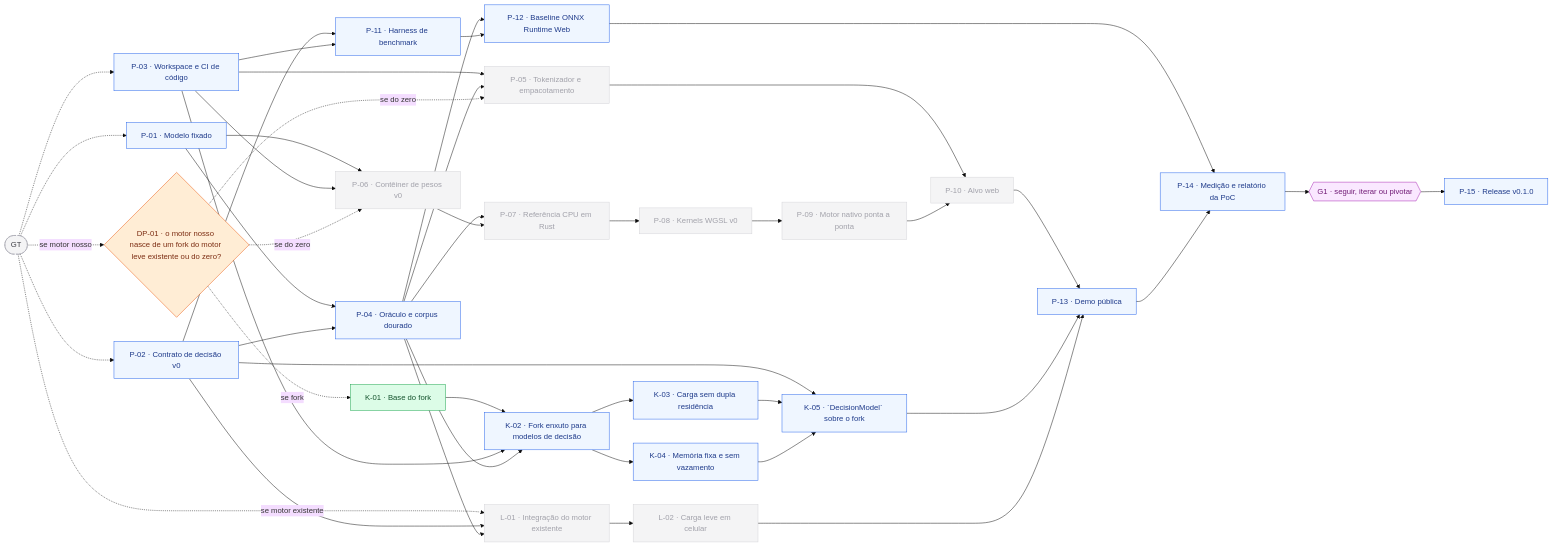
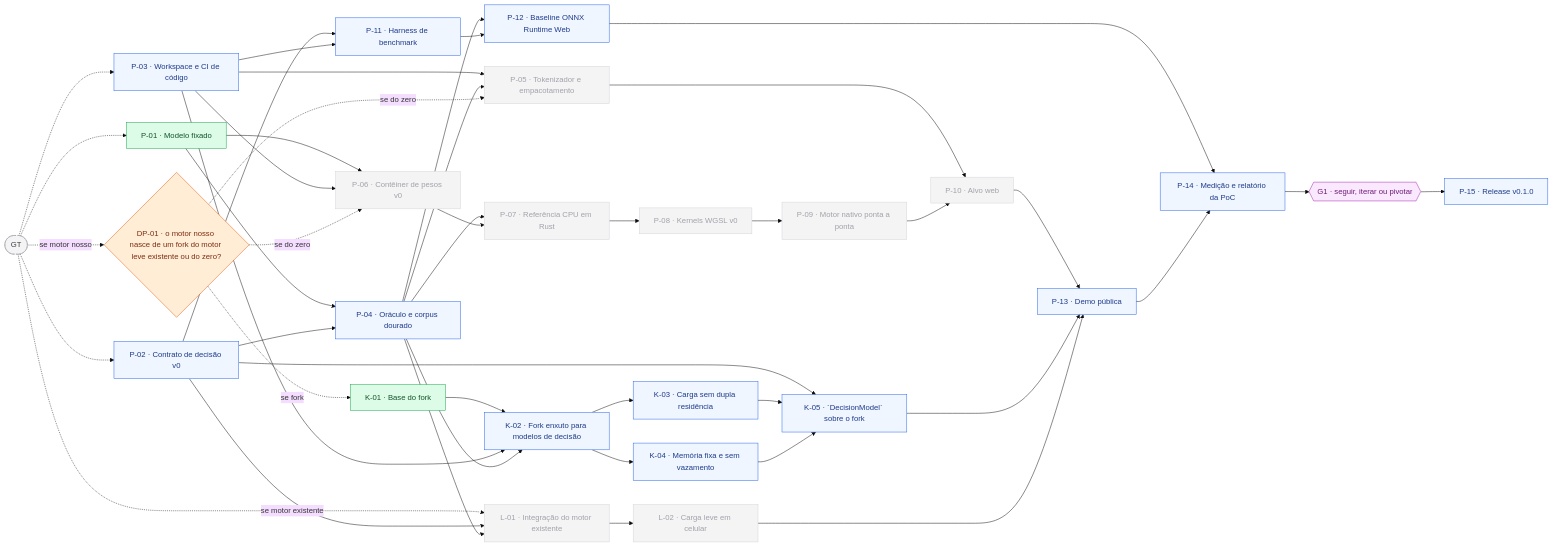
One commit to frederico-kluser/som-webcore changed the fourth of 10 diagrams in ROADMAP.md. Above: the diagram before and after it, drawn with Mermaid (base theme). The commit also changed other lines of this file and 6 other files, not shown here.

````diff
--- a/ROADMAP.md
+++ b/ROADMAP.md
@@ -1095,78 +1095,78 @@
 ```mermaid
 flowchart LR
     GT(["GT"]):::ext
-    P01["P-01 · Modelo fixado"]:::todo
+    P01["P-01 · Modelo fixado"]:::done
     P02["P-02 · Contrato de decisão v0"]:::todo
     P03["P-03 · Workspace e CI de código"]:::todo
     DP01{"DP-01 · o motor nosso nasce de um fork do motor leve existente ou do zero?"}:::fork
     P04["P-04 · Oráculo e corpus dourado"]:::todo
     P11["P-11 · Harness de benchmark"]:::todo
     P06["P-06 · Contêiner de pesos v0"]:::off
     K01["K-01 · Base do fork"]:::done
     P05["P-05 · Tokenizador e empacotamento"]:::off
     L01["L-01 · Integração do motor existente"]:::off
     P12["P-12 · Baseline ONNX Runtime Web"]:::todo
     P07["P-07 · Referência CPU em Rust"]:::off
     K02["K-02 · Fork enxuto para modelos de decisão"]:::todo
     L02["L-02 · Carga leve em celular"]:::off
     P08["P-08 · Kernels WGSL v0"]:::off
     K03["K-03 · Carga sem dupla residência"]:::todo
     K04["K-04 · Memória fixa e sem vazamento"]:::todo
     P09["P-09 · Motor nativo ponta a ponta"]:::off
     K05["K-05 · `DecisionModel` sobre o fork"]:::todo
     P10["P-10 · Alvo web"]:::off
     P13["P-13 · Demo pública"]:::todo
     P14["P-14 · Medição e relatório da PoC"]:::todo
     G1{{"G1 · seguir, iterar ou pivotar"}}:::gate
     P15["P-15 · Release v0.1.0"]:::todo
     GT -.-> P01
     GT -.-> P02
     GT -.-> P03
     GT -.->|"se motor nosso"| DP01
     P01 --> P04
     P02 --> P04
     P02 --> P11
     P03 --> P11
     P01 --> P06
     P03 --> P06
     DP01 -.->|"se do zero"| P06
     DP01 -.->|"se fork"| K01
     P03 --> P05
     P04 --> P05
     DP01 -.->|"se do zero"| P05
     GT -.->|"se motor existente"| L01
     P02 --> L01
     P04 --> L01
     P04 --> P12
     P11 --> P12
     P04 --> P07
     P06 --> P07
     K01 --> K02
     P03 --> K02
     P04 --> K02
     L01 --> L02
     P07 --> P08
     K02 --> K03
     K02 --> K04
     P08 --> P09
     P02 --> K05
     K03 --> K05
     K04 --> K05
     P05 --> P10
     P09 --> P10
     P10 --> P13
     K05 --> P13
     L02 --> P13
     P12 --> P14
     P13 --> P14
     P14 --> G1
     G1 --> P15
     classDef done fill:#dcfce7,stroke:#16a34a,color:#14532d;
     classDef doing fill:#fef9c3,stroke:#ca8a04,color:#713f12;
     classDef todo fill:#eff6ff,stroke:#2563eb,color:#1e3a8a;
     classDef gate fill:#fae8ff,stroke:#a21caf,color:#701a75;
     classDef fork fill:#ffedd5,stroke:#ea580c,color:#7c2d12;
     classDef opt fill:#f8fafc,stroke:#64748b,color:#334155,stroke-dasharray: 5 4;
     classDef off fill:#f4f4f5,stroke:#d4d4d8,color:#a1a1aa;
     classDef ext fill:#f4f4f5,stroke:#a1a1aa,color:#3f3f46,stroke-dasharray: 4 3;
 ```
````
